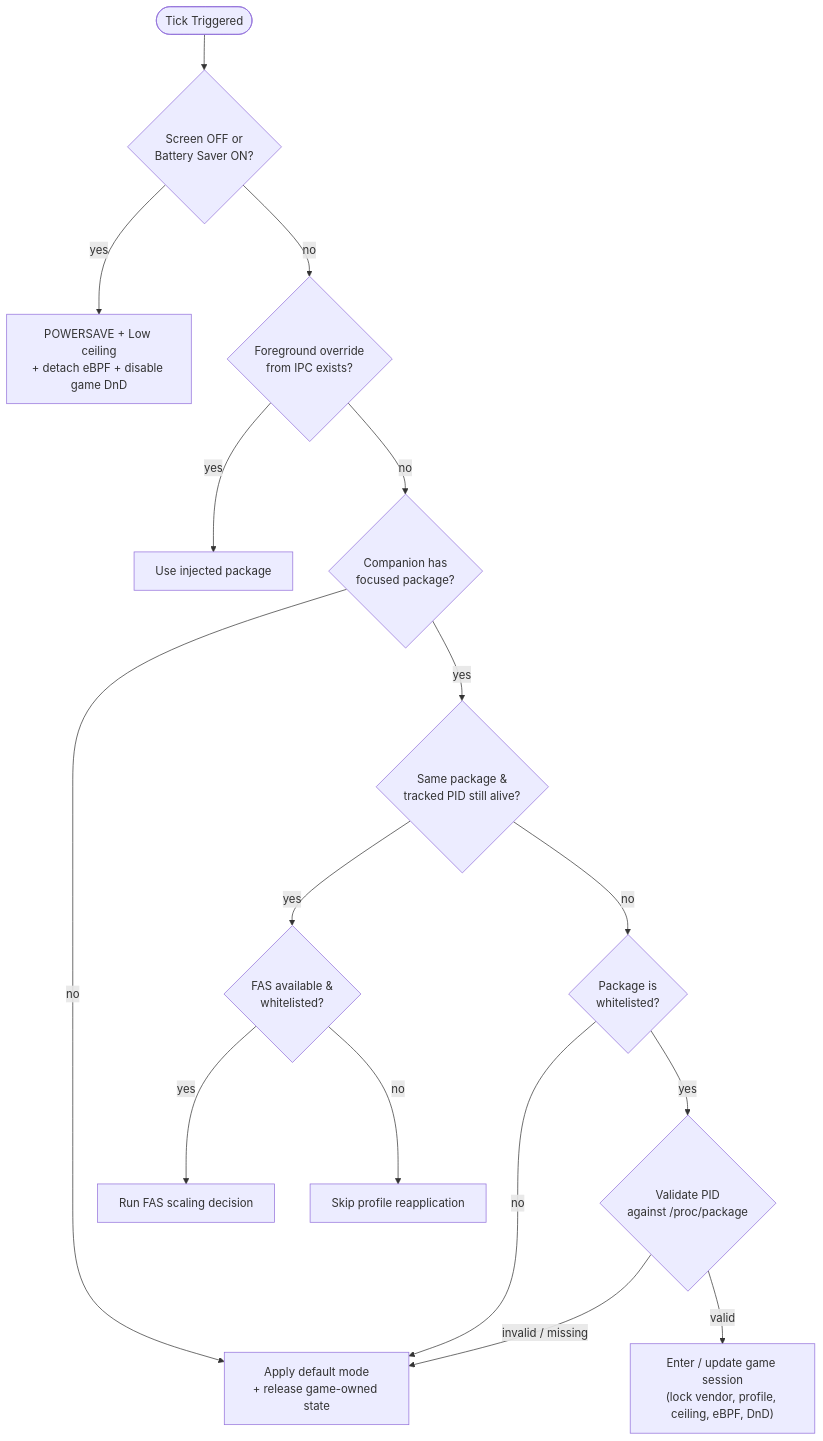
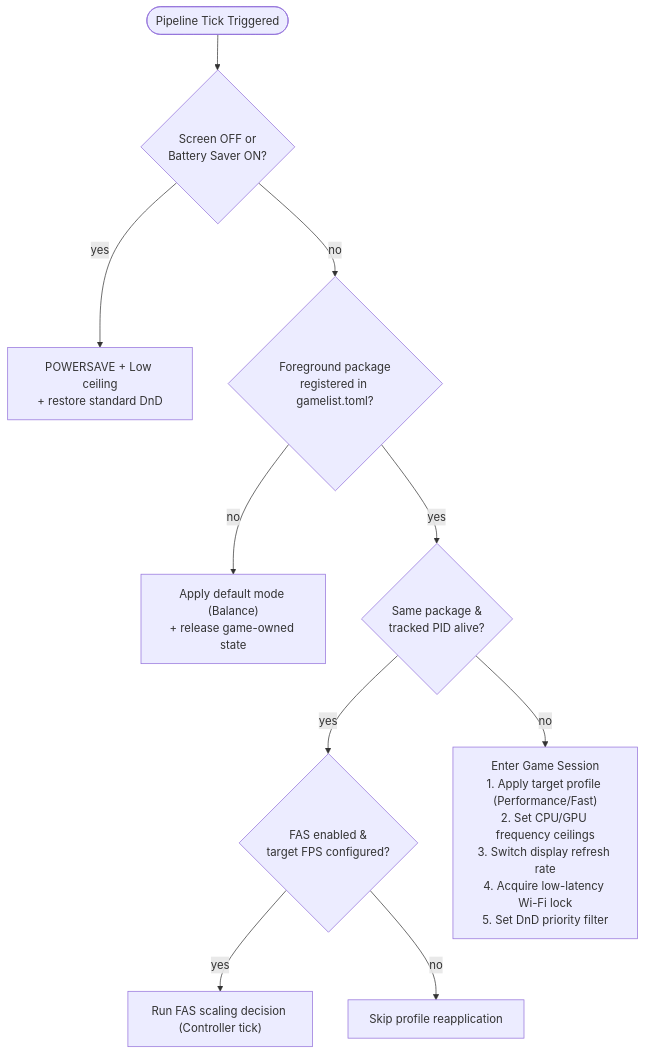
Before and after one commit to pavelc4/auriya-wiki: the third of 3 diagrams in src/content/docs/architecture/overview.md, drawn with Mermaid. The commit also changed other lines of this file and 42 other files, not shown here.

Commit message:
docs: overhaul architecture documentation for v2.2.0 Native Binder IPC

````diff
--- a/src/content/docs/architecture/overview.md
+++ b/src/content/docs/architecture/overview.md
@@ -76,23 +71,15 @@
 ```mermaid
 flowchart TD
-    tick([Tick Triggered]) --> check_screen{"Screen OFF or<br/>Battery Saver ON?"}
-    check_screen -->|yes| p_powersave["POWERSAVE + Low ceiling<br/>+ detach eBPF + disable game DnD"]
-    check_screen -->|no| check_inject{"Foreground override<br/>from IPC exists?"}
+    tick([Pipeline Tick Triggered]) --> check_screen{"Screen OFF or<br/>Battery Saver ON?"}
+    check_screen -->|yes| p_powersave["POWERSAVE + Low ceiling<br/>+ restore standard DnD"]
+    check_screen -->|no| check_fg{"Foreground package<br/>registered in gamelist.toml?"}
 
-    check_inject -->|yes| use_inject["Use injected package"]
-    check_inject -->|no| check_fg{"Companion has<br/>focused package?"}
+    check_fg -->|no| default_mode["Apply default mode (Balance)<br/>+ release game-owned state"]
+    check_fg -->|yes| check_same{"Same package &<br/>tracked PID alive?"}
 
-    check_fg -->|no| default_mode["Apply default mode<br/>+ release game-owned state"]
-    check_fg -->|yes| check_same{"Same package &<br/>tracked PID still alive?"}
-
-    check_same -->|yes| check_fas{"FAS available &<br/>whitelisted?"}
-    check_fas -->|yes| run_fas["Run FAS scaling decision"]
+    check_same -->|yes| check_fas{"FAS enabled &<br/>target FPS configured?"}
+    check_fas -->|yes| run_fas["Run FAS scaling decision (Controller tick)"]
     check_fas -->|no| skip_reapply["Skip profile reapplication"]
 
-    check_same -->|no| check_white{"Package is<br/>whitelisted?"}
-    check_white -->|no| default_mode
-
-    check_white -->|yes| check_pid{"Validate PID<br/>against /proc/package"}
-    check_pid -->|invalid / missing| default_mode
-    check_pid -->|valid| enter_game["Enter / update game session<br/>(lock vendor, profile, ceiling, eBPF, DnD)"]
+    check_same -->|no| enter_game["Enter Game Session<br/>1. Apply target profile (Performance/Fast)<br/>2. Set CPU/GPU frequency ceilings<br/>3. Switch display refresh rate<br/>4. Acquire low-latency Wi-Fi lock<br/>5. Set DnD priority filter"]
 ```
````
